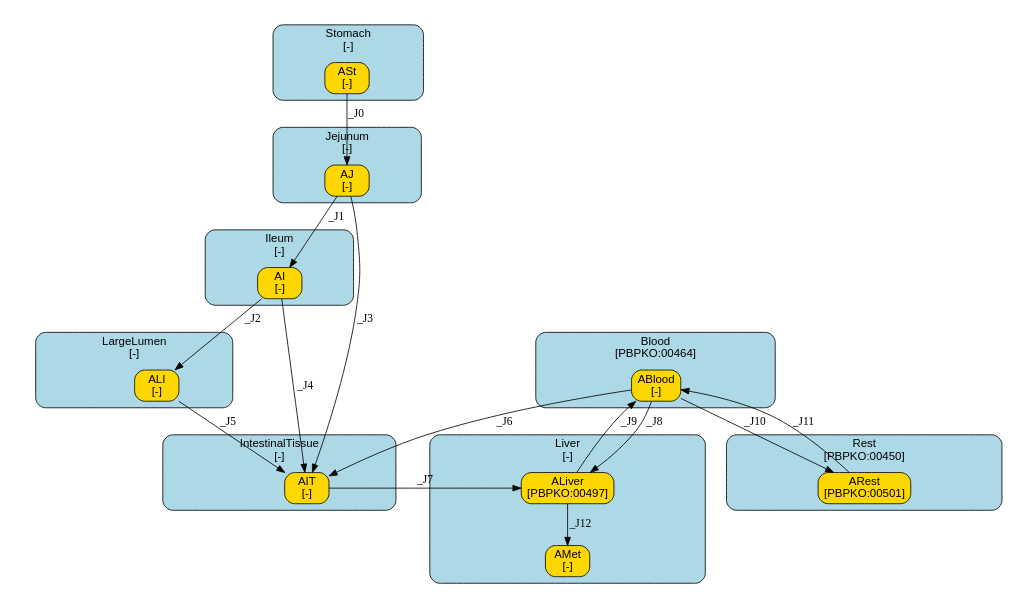
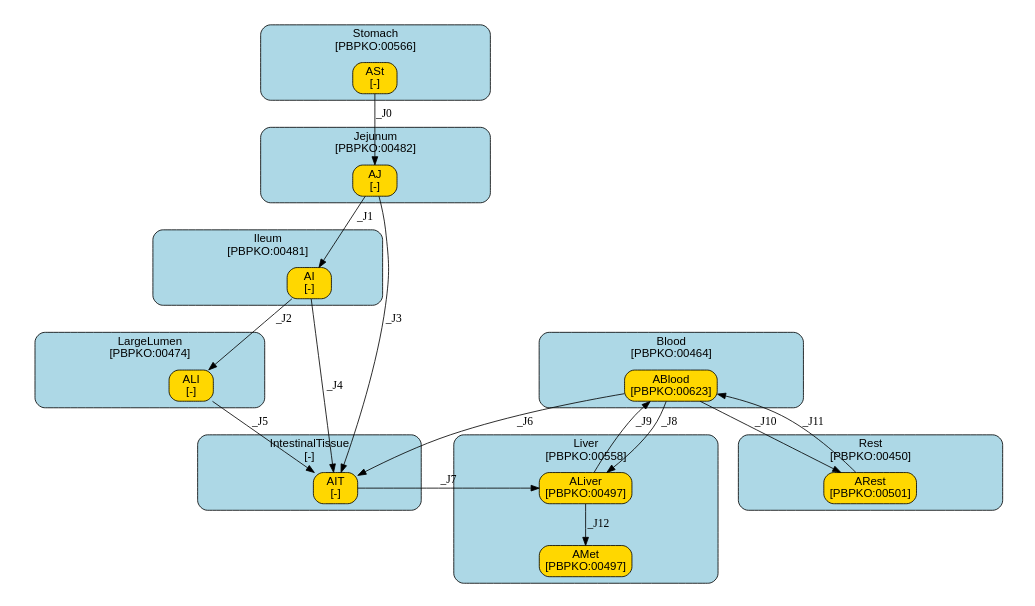
Before and after one commit to fair-pbk/exposure-route-pbk-models: the diagram in models/oral/Mycotoxins/Wang/summary.dot, drawn with Graphviz. The commit also changed 188 other files, not shown here.

```diff
--- a/models/oral/Mycotoxins/Wang/summary.dot
+++ b/models/oral/Mycotoxins/Wang/summary.dot
@@ -1,183 +1,172 @@
 digraph {
 	graph [ratio=fill,
 		size="7,4"
 	];
 	node [fontname=Arial];
 	subgraph cluster_Stomach {
 		graph [color=black,
 			fillcolor=lightblue,
 			fontname=Arial,
 			href="#compartment-Stomach",
 			label="Stomach
-[-]",
+[PBPKO:00566]",
 			shape=box,
 			style="filled,rounded"
 		];
 		ASt	[color=black,
 			fillcolor=gold,
 			href="#species-ASt",
 			label="ASt
 [-]",
 			shape=box,
 			style="filled,rounded"];
 	}
 	subgraph cluster_Jejunum {
 		graph [color=black,
 			fillcolor=lightblue,
 			fontname=Arial,
 			href="#compartment-Jejunum",
 			label="Jejunum
-[-]",
+[PBPKO:00482]",
 			shape=box,
 			style="filled,rounded"
 		];
 		AJ	[color=black,
 			fillcolor=gold,
 			href="#species-AJ",
 			label="AJ
 [-]",
 			shape=box,
 			style="filled,rounded"];
 	}
 	subgraph cluster_Ileum {
 		graph [color=black,
 			fillcolor=lightblue,
 			fontname=Arial,
 			href="#compartment-Ileum",
 			label="Ileum
-[-]",
+[PBPKO:00481]",
 			shape=box,
 			style="filled,rounded"
 		];
 		AI	[color=black,
 			fillcolor=gold,
 			href="#species-AI",
 			label="AI
 [-]",
 			shape=box,
 			style="filled,rounded"];
 	}
 	subgraph cluster_LargeLumen {
 		graph [color=black,
 			fillcolor=lightblue,
 			fontname=Arial,
 			href="#compartment-LargeLumen",
 			label="LargeLumen
-[-]",
+[PBPKO:00474]",
 			shape=box,
 			style="filled,rounded"
 		];
 		ALI	[color=black,
 			fillcolor=gold,
 			href="#species-ALI",
 			label="ALI
 [-]",
 			shape=box,
 			style="filled,rounded"];
 	}
 	subgraph cluster_Liver {
 		graph [color=black,
 			fillcolor=lightblue,
 			fontname=Arial,
 			href="#compartment-Liver",
 			label="Liver
-[-]",
+[PBPKO:00558]",
 			shape=box,
 			style="filled,rounded"
 		];
 		ALiver	[color=black,
 			fillcolor=gold,
 			href="#species-ALiver",
 			label="ALiver
 [PBPKO:00497]",
 			shape=box,
 			style="filled,rounded"];
 		AMet	[color=black,
 			fillcolor=gold,
 			href="#species-AMet",
 			label="AMet
-[-]",
+[PBPKO:00497]",
 			shape=box,
 			style="filled,rounded"];
 	}
 	subgraph cluster_Blood {
 		graph [color=black,
 			fillcolor=lightblue,
 			fontname=Arial,
 			href="#compartment-Blood",
 			label="Blood
 [PBPKO:00464]",
 			shape=box,
 			style="filled,rounded"
 		];
 		ABlood	[color=black,
 			fillcolor=gold,
 			href="#species-ABlood",
 			label="ABlood
-[-]",
+[PBPKO:00623]",
 			shape=box,
 			style="filled,rounded"];
 	}
 	subgraph cluster_Rest {
 		graph [color=black,
 			fillcolor=lightblue,
 			fontname=Arial,
 			href="#compartment-Rest",
 			label="Rest
 [PBPKO:00450]",
 			shape=box,
 			style="filled,rounded"
 		];
 		ARest	[color=black,
 			fillcolor=gold,
 			href="#species-ARest",
 			label="ARest
 [PBPKO:00501]",
 			shape=box,
 			style="filled,rounded"];
-	}
-	subgraph cluster_Metabolites {
-		graph [color=black,
-			fillcolor=lightblue,
-			fontname=Arial,
-			href="#compartment-Metabolites",
-			label="Metabolites
-[-]",
-			shape=box,
-			style="filled,rounded"
-		];
 	}
 	subgraph cluster_IntestinalTissue {
 		graph [color=black,
 			fillcolor=lightblue,
 			fontname=Arial,
 			href="#compartment-IntestinalTissue",
 			label="IntestinalTissue
 [-]",
 			shape=box,
 			style="filled,rounded"
 		];
 		AIT	[color=black,
 			fillcolor=gold,
 			href="#species-AIT",
 			label="AIT
 [-]",
 			shape=box,
 			style="filled,rounded"];
 	}
 	ASt -> AJ	[label=_J0,
 		minlen=1];
 	AJ -> AI	[label=_J1];
 	AJ -> AIT	[label=_J3];
 	AI -> ALI	[label=_J2];
 	AI -> AIT	[label=_J4];
 	ALI -> AIT	[label=_J5];
 	ALiver -> AMet	[label=_J12,
 		minlen=1];
 	ALiver -> ABlood	[label=_J9];
 	ABlood -> ALiver	[label=_J8];
 	ABlood -> ARest	[label=_J10];
 	ABlood -> AIT	[label=_J6];
 	ARest -> ABlood	[label=_J11];
 	AIT -> ALiver	[label=_J7];
 }
```
